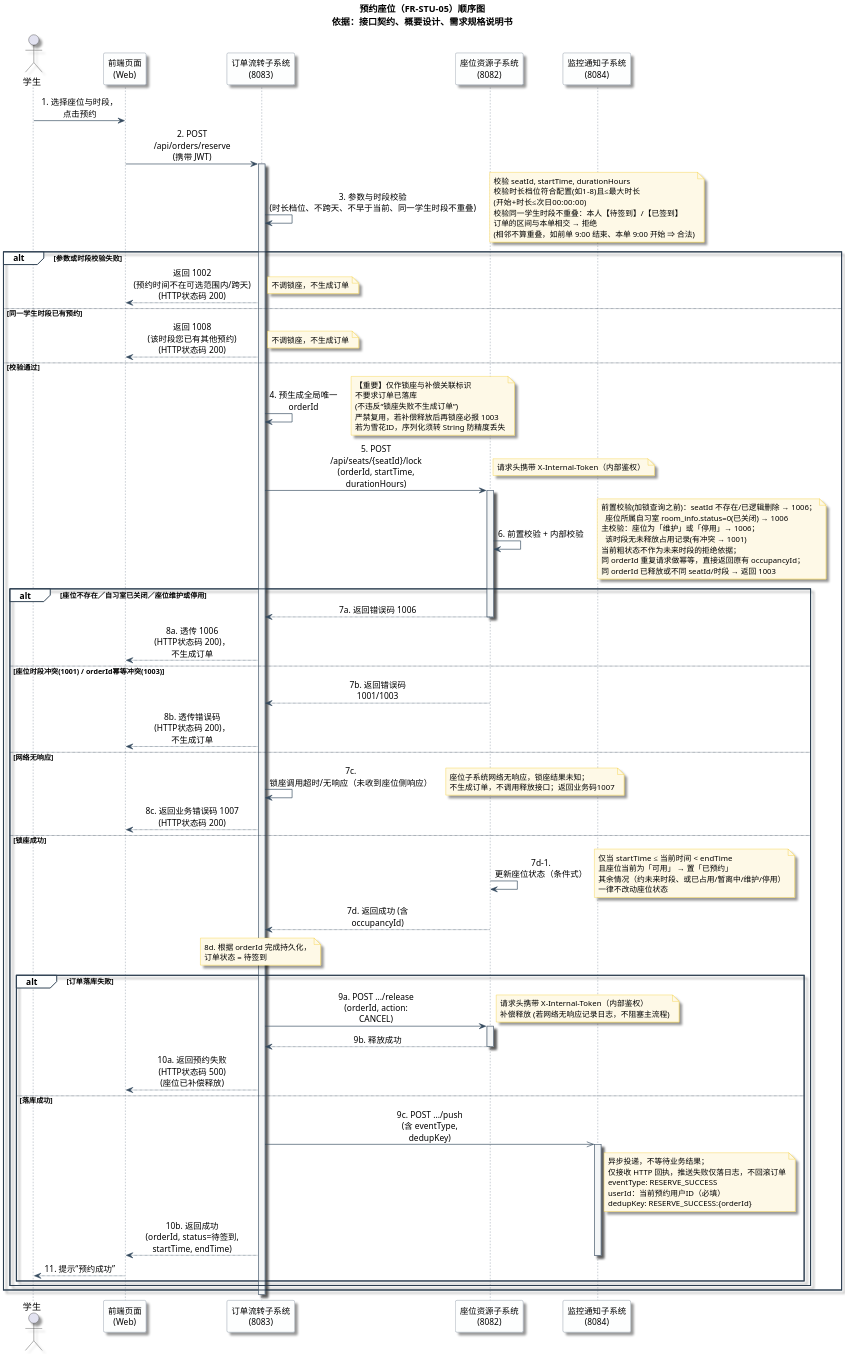
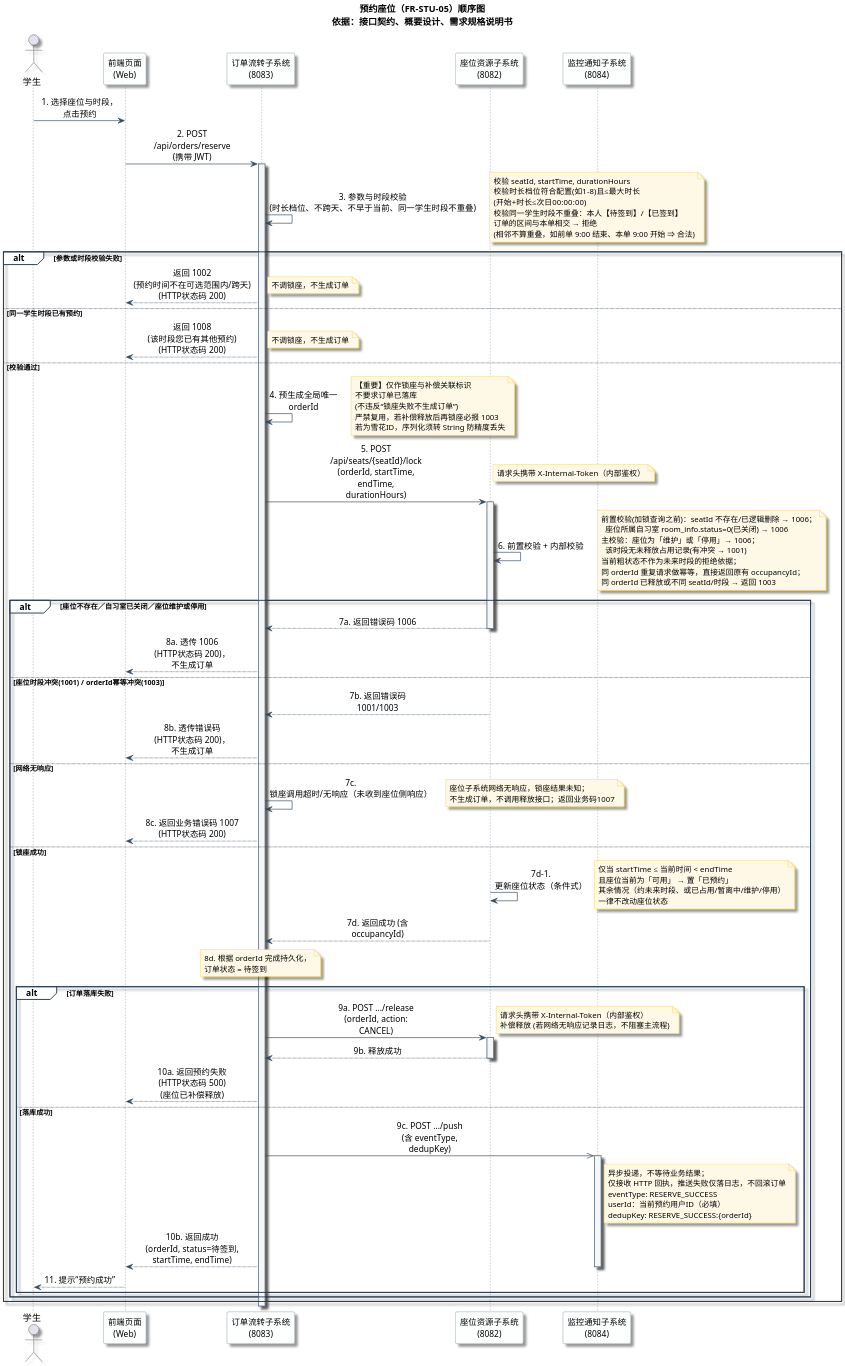
The diagram in 03_UML设计模型/sequence_studyroom.puml (wlmm123/campus-study-room-system), drawn with PlantUML before and after one commit. The commit also changed 1 other file, not shown here.

Commit message:
成员3-预约顺序图的puml及png图（3.0）

```diff
--- a/03_UML设计模型/sequence_studyroom.puml
+++ b/03_UML设计模型/sequence_studyroom.puml
@@ -1,146 +1,146 @@
 @startuml 校园自习室分布式预约管理系统_预约座位顺序图
 skinparam limitSize false
 skinparam dpi 200
 skinparam shadowing true
 skinparam linetype polyline
 skinparam sequenceMessageAlign center
 skinparam maxMessageSize 150
 
 ' 配色方案
 skinparam participant {
     BackgroundColor #FDFEFE
     BorderColor #5D6D7E
     FontSize 13
 }
 skinparam sequence {
     ArrowColor #34495E
     LifeLineBorderColor #5D6D7E
     LifeLineBackgroundColor #F4F6F7
     GroupBorderColor #2C3E50
     GroupBackgroundColor #FDFEFE
 }
 skinparam note {
     BackgroundColor #FEF9E7
     BorderColor #F1C40F
     FontSize 12
 }
 
 title 预约座位（FR-STU-05）顺序图\n依据：接口契约、概要设计、需求规格说明书
 
 actor 学生 as Student
 participant "前端页面\n(Web)" as Frontend
 participant "订单流转子系统\n(8083)" as OrderSvc
 participant "座位资源子系统\n(8082)" as SeatSvc
 participant "监控通知子系统\n(8084)" as NotifySvc
 
 Student -> Frontend : 1. 选择座位与时段，点击预约
 Frontend -> OrderSvc : 2. POST /api/orders/reserve\n(携带 JWT)
 activate OrderSvc
 
 OrderSvc -> OrderSvc : 3. 参数与时段校验\n(时长档位、不跨天、不早于当前、同一学生时段不重叠)
 note right
   校验 seatId, startTime, durationHours
   校验时长档位符合配置(如1-8)且≤最大时长
   (开始+时长≤次日00:00:00)
   校验同一学生时段不重叠：本人【待签到】/【已签到】
   订单的区间与本单相交 → 拒绝
   (相邻不算重叠，如前单 9:00 结束、本单 9:00 开始 ⇒ 合法)
 end note
 
 alt 参数或时段校验失败
     OrderSvc --> Frontend : 返回 1002 (预约时间不在可选范围内/跨天)\n(HTTP状态码 200)
     note right: 不调锁座，不生成订单
 
 else 同一学生时段已有预约
     OrderSvc --> Frontend : 返回 1008 (该时段您已有其他预约)\n(HTTP状态码 200)
     note right: 不调锁座，不生成订单
 
 else 校验通过
 
     OrderSvc -> OrderSvc : 4. 预生成全局唯一 orderId
     note right
       【重要】仅作锁座与补偿关联标识
       不要求订单已落库
       (不违反“锁座失败不生成订单”)
       严禁复用，若补偿释放后再锁座必报 1003
       若为雪花ID，序列化须转 String 防精度丢失
     end note
 
-    OrderSvc -> SeatSvc : 5. POST /api/seats/{seatId}/lock\n(orderId, startTime, durationHours)
+    OrderSvc -> SeatSvc : 5. POST /api/seats/{seatId}/lock\n(orderId, startTime, endTime, durationHours)
     note right: 请求头携带 X-Internal-Token（内部鉴权）
     activate SeatSvc
 
     SeatSvc -> SeatSvc : 6. 前置校验 + 内部校验
     note right
       前置校验(加锁查询之前)：seatId 不存在/已逻辑删除 → 1006；
         座位所属自习室 room_info.status=0(已关闭) → 1006
       主校验：座位为「维护」或「停用」→ 1006；
         该时段无未释放占用记录(有冲突 → 1001)
       当前粗状态不作为未来时段的拒绝依据；
       同 orderId 重复请求做幂等，直接返回原有 occupancyId；
       同 orderId 已释放或不同 seatId/时段 → 返回 1003
     end note
 
     alt 座位不存在／自习室已关闭／座位维护或停用
         SeatSvc --> OrderSvc : 7a. 返回错误码 1006
         deactivate SeatSvc
         OrderSvc --> Frontend : 8a. 透传 1006 (HTTP状态码 200)，不生成订单
 
     else 座位时段冲突(1001) / orderId幂等冲突(1003)
         SeatSvc --> OrderSvc : 7b. 返回错误码 1001/1003
         deactivate SeatSvc
         OrderSvc --> Frontend : 8b. 透传错误码 (HTTP状态码 200)，不生成订单
 
     else 网络无响应
         OrderSvc -> OrderSvc : 7c. 锁座调用超时/无响应（未收到座位侧响应）
         note right
           座位子系统网络无响应，锁座结果未知；
           不生成订单，不调用释放接口；返回业务码1007
         end note
         deactivate SeatSvc
         OrderSvc --> Frontend : 8c. 返回业务错误码 1007\n(HTTP状态码 200)
 
     else 锁座成功
         SeatSvc -> SeatSvc : 7d-1. 更新座位状态（条件式）
         note right
           仅当 startTime ≤ 当前时间 < endTime
           且座位当前为「可用」 → 置「已预约」
           其余情况（约未来时段、或已占用/暂离中/维护/停用）
           一律不改动座位状态
         end note
         SeatSvc --> OrderSvc : 7d. 返回成功 (含 occupancyId)
         deactivate SeatSvc
 
         note over OrderSvc: 8d. 根据 orderId 完成持久化，\n订单状态 = 待签到
 
         alt 订单落库失败
             OrderSvc -> SeatSvc : 9a. POST .../release\n(orderId, action: CANCEL)
             note right
               请求头携带 X-Internal-Token（内部鉴权）
               补偿释放 (若网络无响应记录日志，不阻塞主流程)
             end note
             activate SeatSvc
             SeatSvc --> OrderSvc : 9b. 释放成功
             deactivate SeatSvc
             OrderSvc --> Frontend : 10a. 返回预约失败 (HTTP状态码 500)\n(座位已补偿释放)
 
         else 落库成功
             OrderSvc ->> NotifySvc : 9c. POST .../push\n(含 eventType, dedupKey)
             activate NotifySvc
             note right of NotifySvc
               异步投递，不等待业务结果；
               仅接收 HTTP 回执，推送失败仅落日志，不回滚订单
               eventType: RESERVE_SUCCESS
               userId：当前预约用户ID（必填）
               dedupKey: RESERVE_SUCCESS:{orderId}
             end note
 
             OrderSvc --> Frontend : 10b. 返回成功\n(orderId, status=待签到, startTime, endTime)
             deactivate NotifySvc
             Frontend --> Student : 11. 提示“预约成功”
         end
     end
 end
 deactivate OrderSvc
 
 @enduml
```
